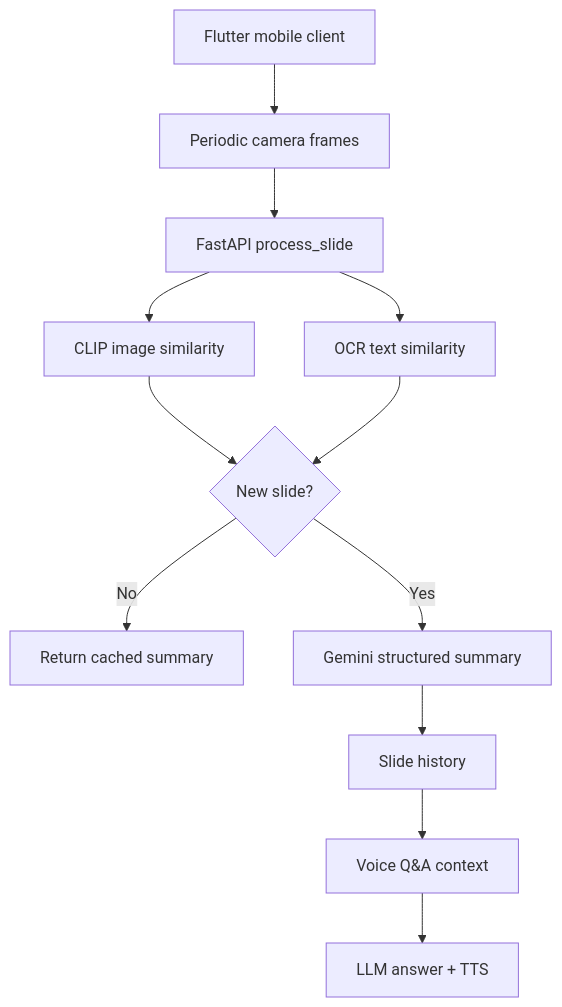
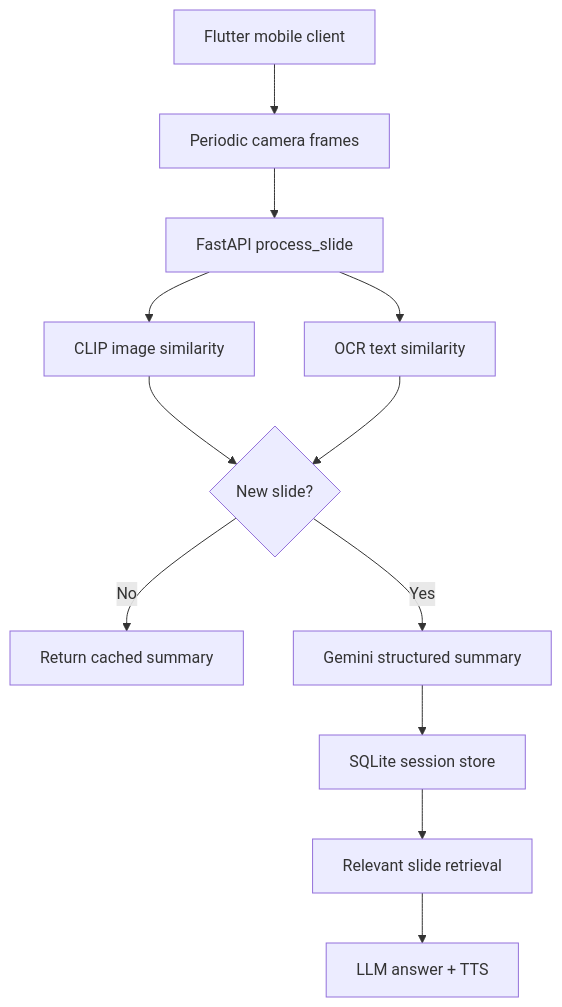
One commit to rohithkumar27/AI_Slide_Scribe changed the diagram in docs/ARCHITECTURE_ROADMAP.md. Above: the diagram before and after it, drawn with Mermaid. The commit also changed other lines of this file, not shown here.

Commit message:
Document completed session storage increment

````diff
--- a/docs/ARCHITECTURE_ROADMAP.md
+++ b/docs/ARCHITECTURE_ROADMAP.md
@@ -7,14 +7,14 @@
 ```mermaid
 flowchart TD
     A[Flutter mobile client] --> B[Periodic camera frames]
     B --> C[FastAPI process_slide]
     C --> D[CLIP image similarity]
     C --> E[OCR text similarity]
     D --> F{New slide?}
     E --> F
     F -- No --> G[Return cached summary]
     F -- Yes --> H[Gemini structured summary]
-    H --> I[Slide history]
-    I --> J[Voice Q&A context]
+    H --> I[SQLite session store]
+    I --> J[Relevant slide retrieval]
     J --> K[LLM answer + TTS]
 ```
````
